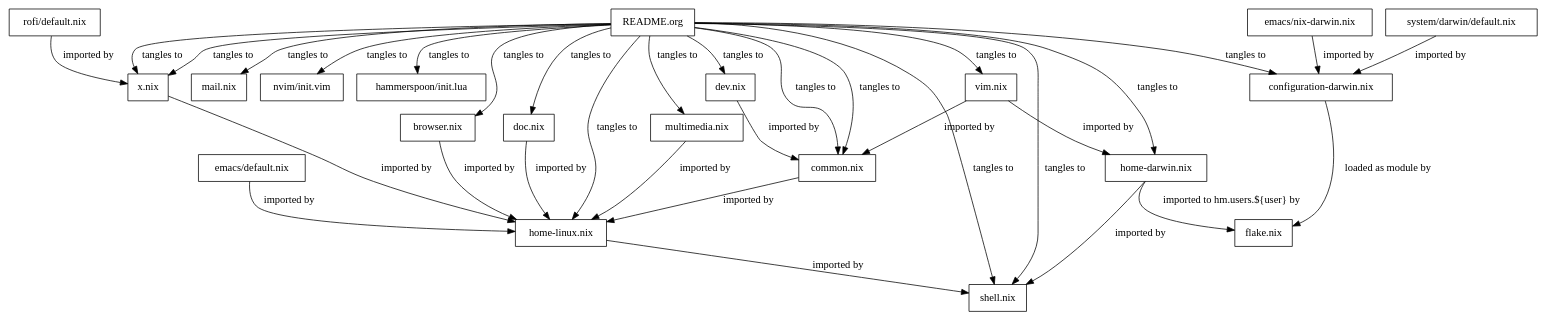
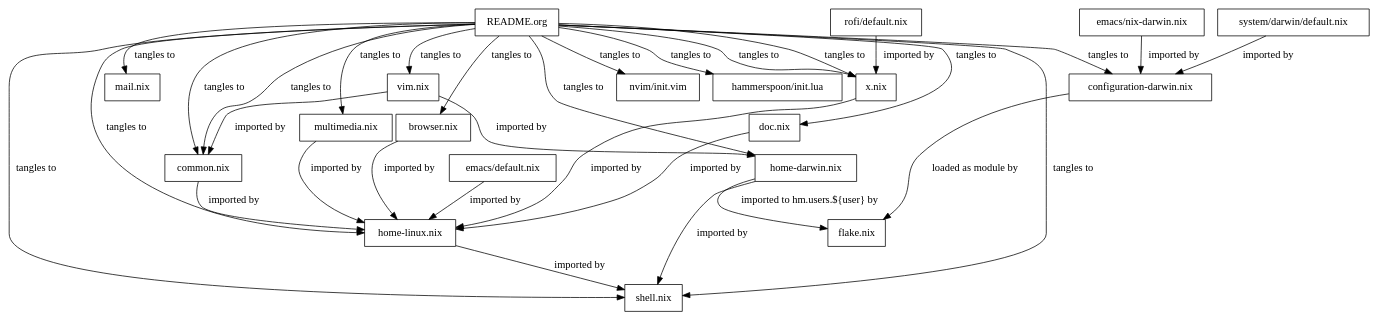
The diagram in README.org (vidbina/dotfiles), drawn with Graphviz before and after one commit. The commit also changed other lines of this file and 4 other files, not shown here.

Commit message:
chore: drop dev.nix

```diff
--- a/README.org
+++ b/README.org
@@ -22,74 +22,71 @@
 #+begin_src dot :file doc/sys-conf-setup.png :exports results
 digraph G {
   node_this [shape=box, label="README.org"]
 
   // not defined in this file but referenced here
   node_emacs_nix_darwin_nix [shape=box, label="emacs/nix-darwin.nix"]
   node_emacs_default_nix [shape=box, label="emacs/default.nix"]
   node_rofi_default_nix [shape=box, label="rofi/default.nix"]
   node_system_darwin_default_nix [shape=box, label="system/darwin/default.nix"]
   node_flake_nix [shape=box, label="flake.nix"]
 
   // defined in this file
   node_common_nix [shape=box, label="common.nix"]
   node_shell_nix [shape=box, label="shell.nix"]
   node_x_nix [shape=box, label="x.nix"]
-  node_dev_nix [shape=box, label="dev.nix"]
   node_mail_nix [shape=box, label="mail.nix"]
   node_vim_nix [shape=box, label="vim.nix"]
   node_multimedia_nix [shape=box, label="multimedia.nix"]
   node_browser_nix [shape=box, label="browser.nix"]
   node_doc_nix [shape=box, label="doc.nix"]
 
   node_home_darwin_nix [shape=box, label="home-darwin.nix"]
   node_home_linux_nix [shape=box, label="home-linux.nix"]
   node_configuration_darwin_nix [shape=box, label="configuration-darwin.nix"]
 
   node_nvim_init_vim [shape=box, label="nvim/init.vim"]
   node_hammerspoon_init_lua [shape=box, label="hammerspoon/init.lua"]
 
   node_this -> node_common_nix [label="tangles to"]
   node_this -> node_shell_nix [label="tangles to"]
   node_this -> node_x_nix [label="tangles to"]
   node_this -> node_common_nix [label="tangles to"]
   node_this -> node_shell_nix [label="tangles to"]
   node_this -> node_x_nix [label="tangles to"]
-  node_this -> node_dev_nix [label="tangles to"]
   node_this -> node_mail_nix [label="tangles to"]
   node_this -> node_vim_nix [label="tangles to"]
   node_this -> node_multimedia_nix [label="tangles to"]
   node_this -> node_browser_nix [label="tangles to"]
   node_this -> node_doc_nix [label="tangles to"]
   node_this -> node_home_darwin_nix [label="tangles to"]
   node_this -> node_home_linux_nix [label="tangles to"]
   node_this -> node_nvim_init_vim [label="tangles to"]
   node_this -> node_hammerspoon_init_lua [label="tangles to"]
   node_this -> node_configuration_darwin_nix [label="tangles to"]
 
-  node_dev_nix -> node_common_nix [label="imported by"]
   node_vim_nix -> node_common_nix [label="imported by"]
 
   node_vim_nix -> node_home_darwin_nix [label="imported by"]
 
   node_common_nix -> node_home_linux_nix [label="imported by"]
   node_doc_nix -> node_home_linux_nix [label="imported by"]
   node_browser_nix -> node_home_linux_nix [label="imported by"]
   node_x_nix -> node_home_linux_nix [label="imported by"]
   node_multimedia_nix -> node_home_linux_nix [label="imported by"]
   node_emacs_default_nix -> node_home_linux_nix [label="imported by"]
 
   node_rofi_default_nix -> node_x_nix [label="imported by"]
 
   node_emacs_nix_darwin_nix -> node_configuration_darwin_nix [label="imported by"]
   node_system_darwin_default_nix -> node_configuration_darwin_nix [label="imported by"]
 
   node_home_linux_nix -> node_shell_nix [label="imported by"]
   node_home_darwin_nix -> node_shell_nix [label="imported by"]
 
   node_configuration_darwin_nix -> node_flake_nix [label="loaded as module by"]
   node_home_darwin_nix -> node_flake_nix [label="imported to hm.users.${user} by"]
   // node_this -> node_default_nix [label="tangles to", style=dotted]
   // node_this -> node_default_darwin_nix [label="tangles to", style=dotted]
   // node_personal_example -> node_personal [style=dotted]
 }
 #+end_src
```
